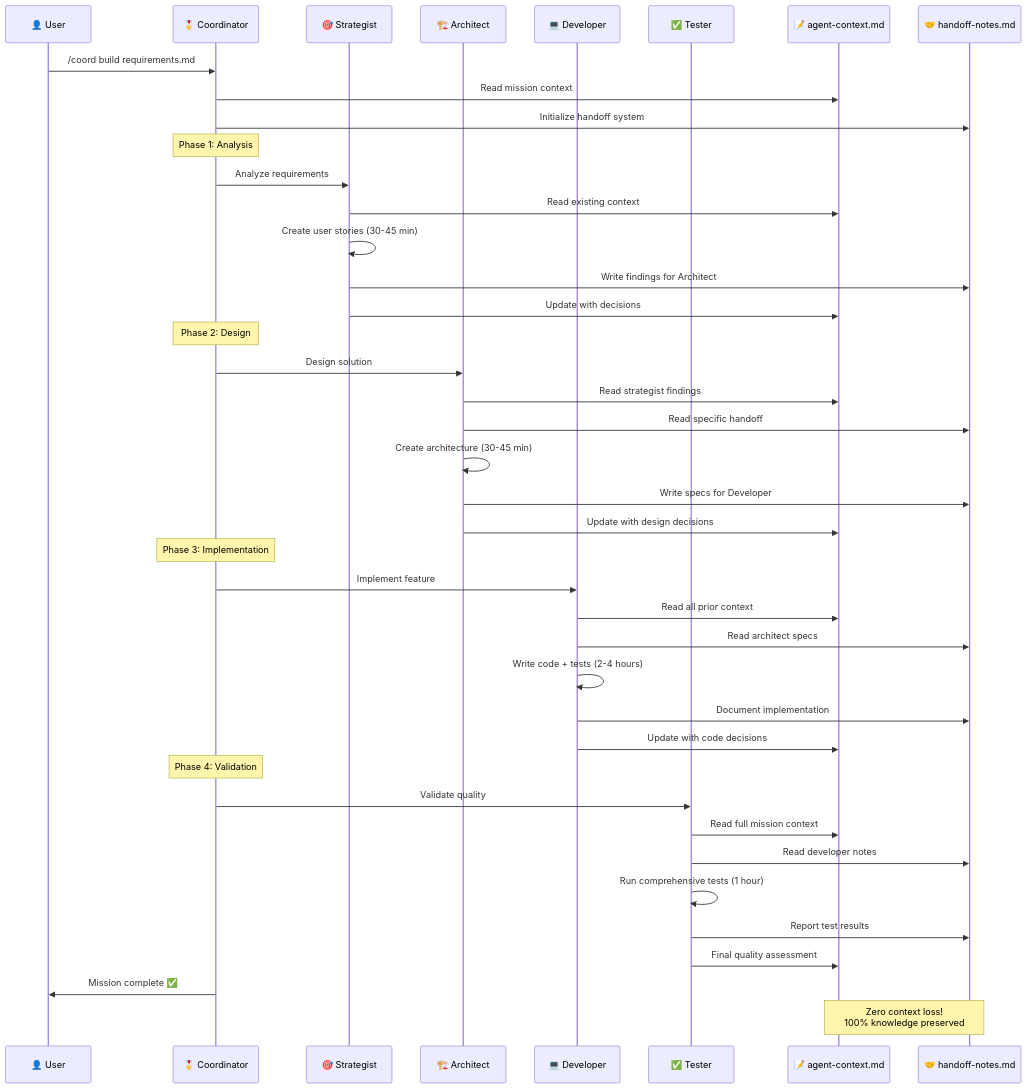
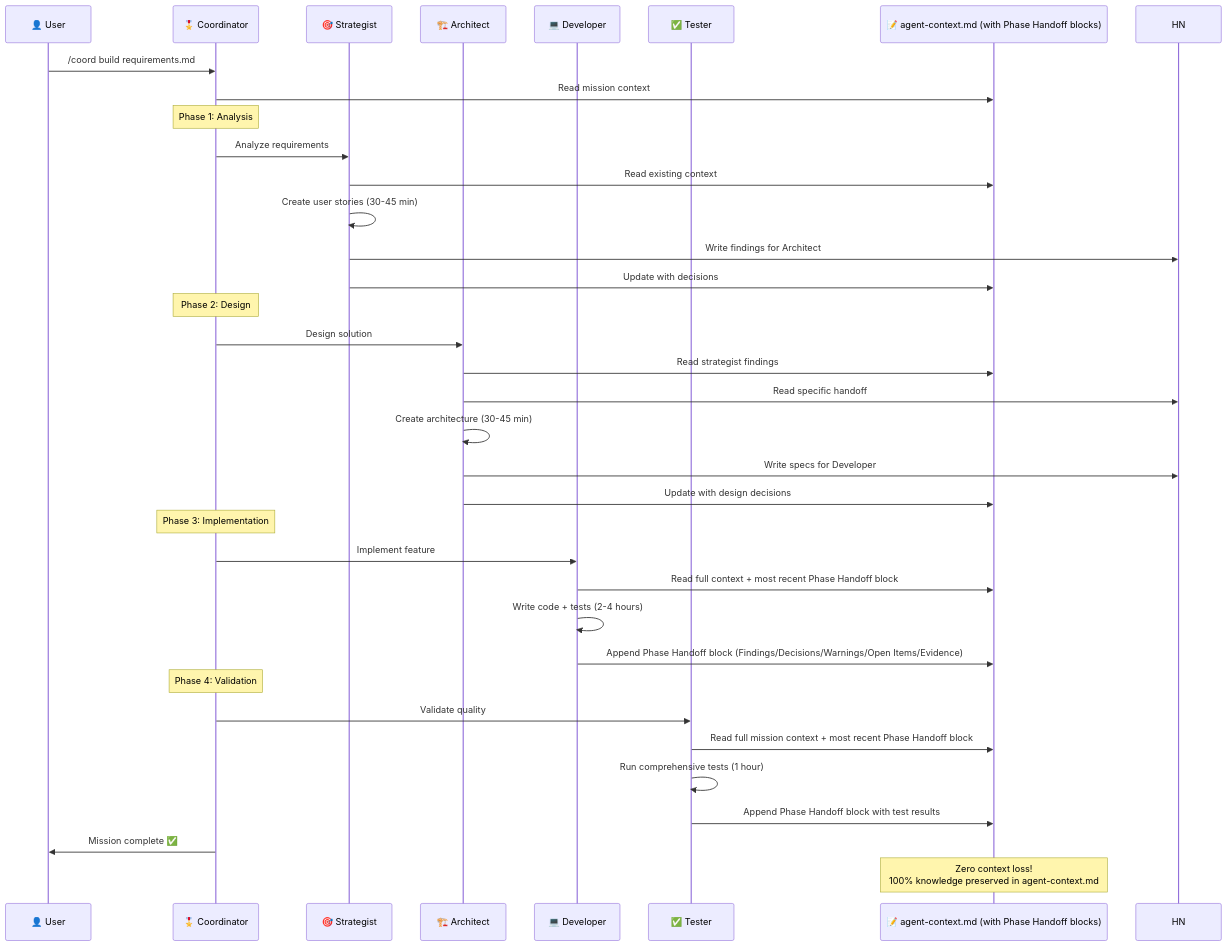
The second of 4 diagrams in README.md (TheWayWithin/agent-11), drawn with Mermaid before and after one commit. The commit also changed other lines of this file and 5 other files, not shown here.

````diff
--- a/README.md
+++ b/README.md
@@ -632,50 +652,44 @@
 ```mermaid
 sequenceDiagram
     participant U as 👤 User
     participant C as 🎖️ Coordinator
     participant S as 🎯 Strategist
     participant A as 🏗️ Architect
     participant D as 💻 Developer
     participant T as ✅ Tester
-    participant AC as 📝 agent-context.md
-    participant HN as 🤝 handoff-notes.md
+    participant AC as 📝 agent-context.md (with Phase Handoff blocks)
 
     U->>C: /coord build requirements.md
     C->>AC: Read mission context
-    C->>HN: Initialize handoff system
 
     Note over C: Phase 1: Analysis
     C->>S: Analyze requirements
     S->>AC: Read existing context
     S->>S: Create user stories (30-45 min)
     S->>HN: Write findings for Architect
     S->>AC: Update with decisions
 
     Note over C: Phase 2: Design
     C->>A: Design solution
     A->>AC: Read strategist findings
     A->>HN: Read specific handoff
     A->>A: Create architecture (30-45 min)
     A->>HN: Write specs for Developer
     A->>AC: Update with design decisions
 
     Note over C: Phase 3: Implementation
     C->>D: Implement feature
-    D->>AC: Read all prior context
-    D->>HN: Read architect specs
+    D->>AC: Read full context + most recent Phase Handoff block
     D->>D: Write code + tests (2-4 hours)
-    D->>HN: Document implementation
-    D->>AC: Update with code decisions
+    D->>AC: Append Phase Handoff block (Findings/Decisions/Warnings/Open Items/Evidence)
 
     Note over C: Phase 4: Validation
     C->>T: Validate quality
-    T->>AC: Read full mission context
-    T->>HN: Read developer notes
+    T->>AC: Read full mission context + most recent Phase Handoff block
     T->>T: Run comprehensive tests (1 hour)
-    T->>HN: Report test results
-    T->>AC: Final quality assessment
+    T->>AC: Append Phase Handoff block with test results
 
     C->>U: Mission complete ✅
 
-    Note over AC,HN: Zero context loss!<br/>100% knowledge preserved
+    Note over AC: Zero context loss!<br/>100% knowledge preserved in agent-context.md
 ```
````
